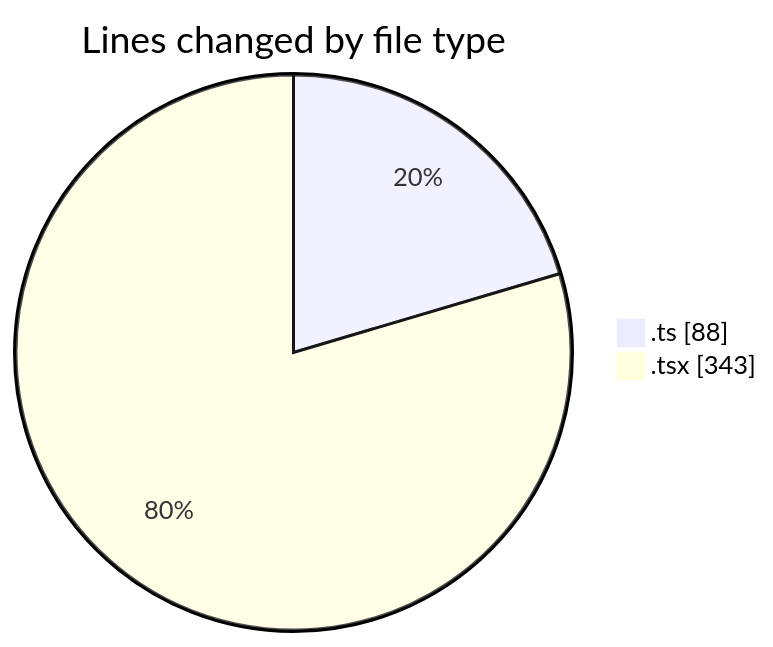
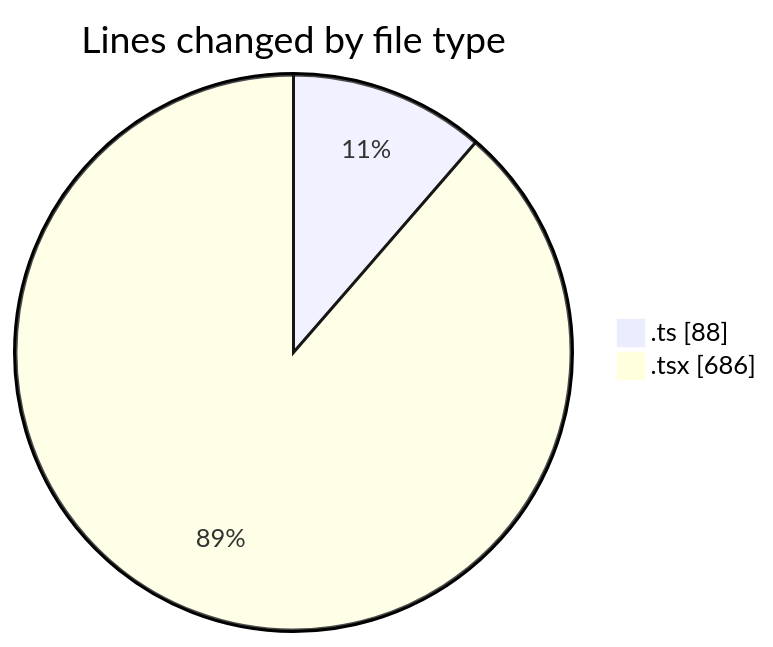
Before and after one commit to momahboobian/code-tracking: the first of 2 diagrams in 2026-11-05/cda/README.md, drawn with Mermaid. The commit also changed other lines of this file and 1 other file, not shown here.

````diff
--- a/2026-11-05/cda/README.md
+++ b/2026-11-05/cda/README.md
@@ -22,6 +22,6 @@
 ```mermaid
 pie showData
 title Lines changed by file type
 ".ts" : 88
-".tsx" : 343
+".tsx" : 686
 ```
````
